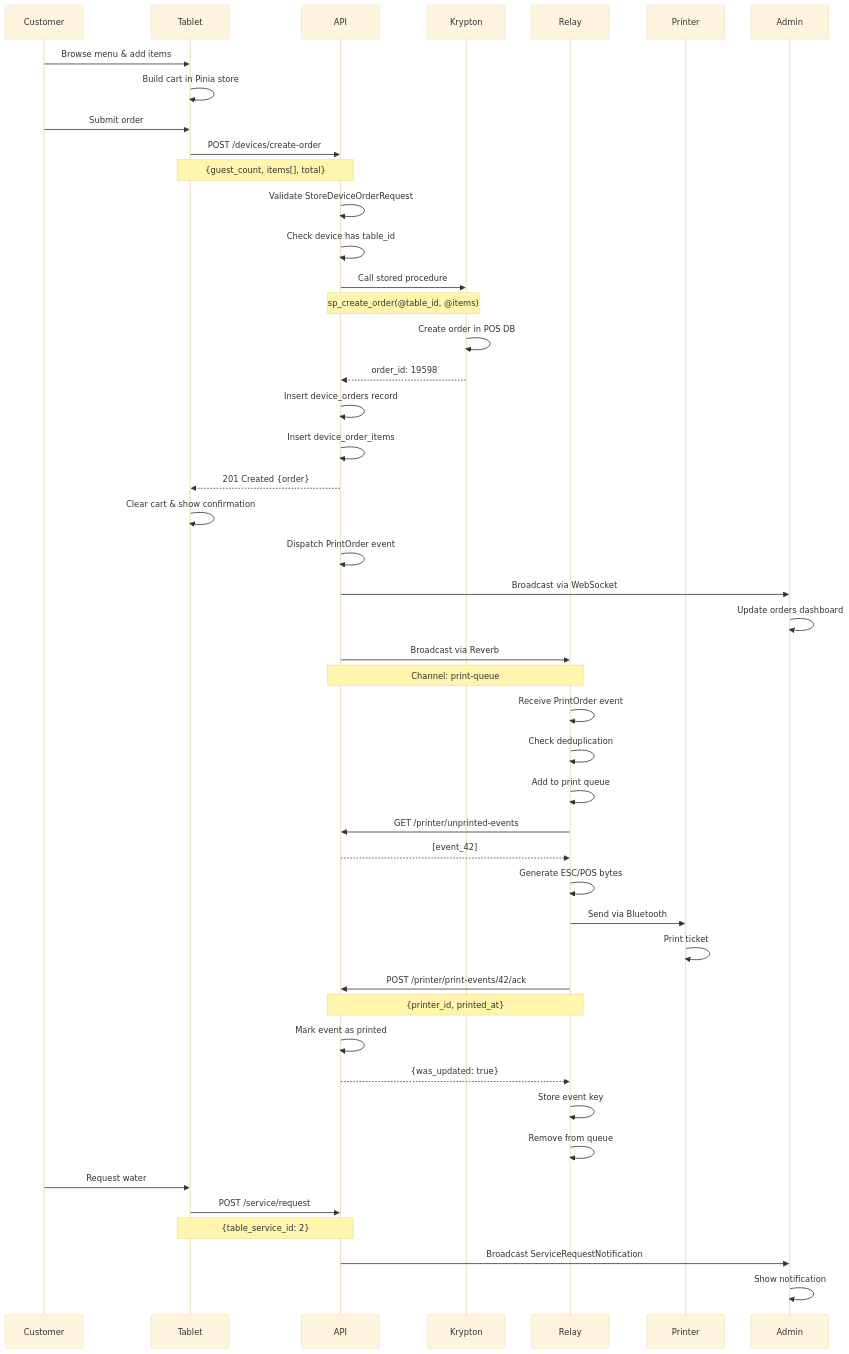
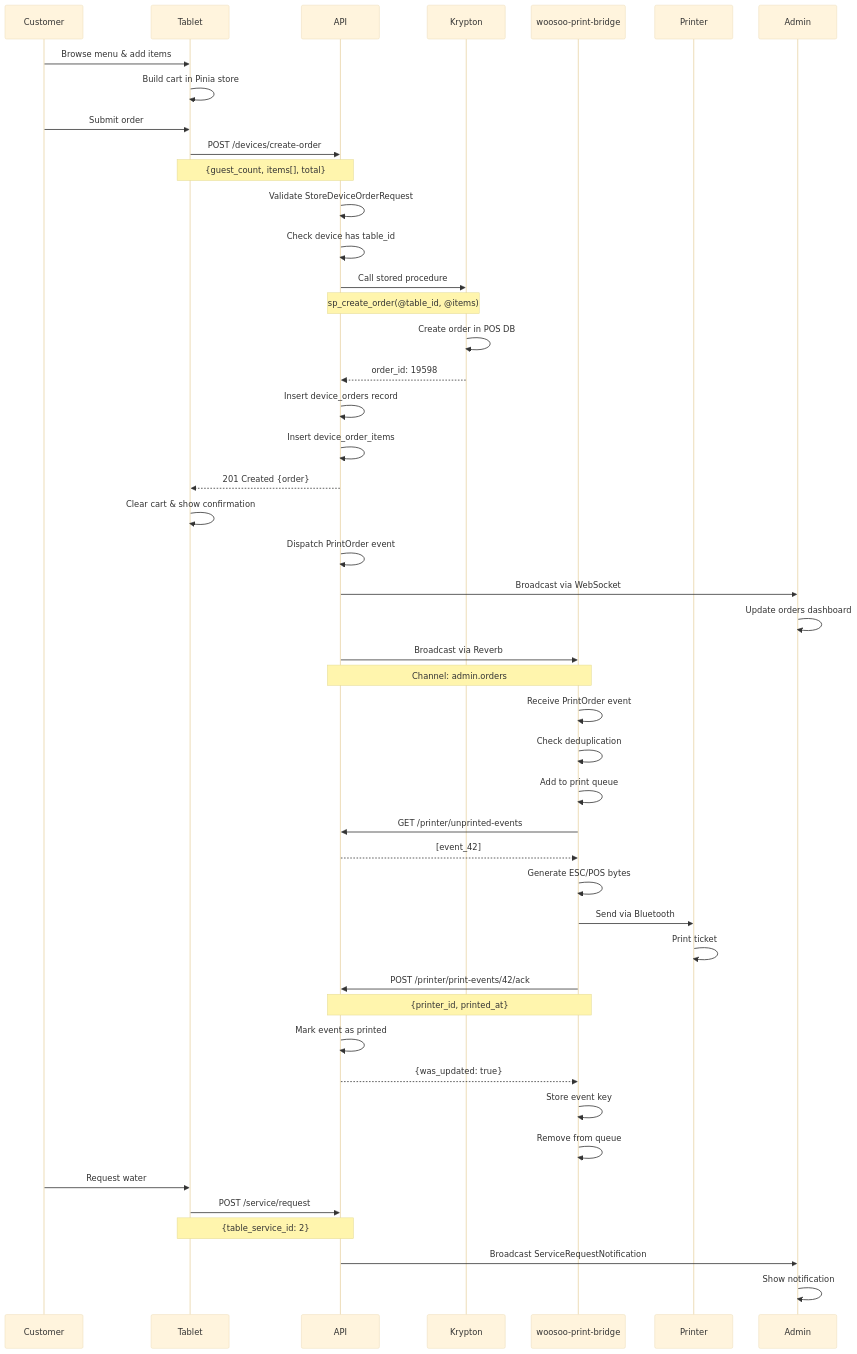
Before and after one commit to tech-artificer/woosoo-nexus: the diagram in docs/END_TO_END_WORKFLOW.md, drawn with Mermaid (base theme). The commit also changed other lines of this file, not shown here.

Commit message:
docs: fix PrintOrder channel + finish Relay→woosoo-print-bridge rename
PrintOrder broadcasts on the shared admin.orders channel (per
PrintOrder::broadcastOn()), not a device-specific channel — correct the
Backend Processing Flow step. Finish the woosoo-print-bridge rename in
the sequence diagram and retry-logic notes, which still used the old
"Relay" label (and the diagram's "print-queue" channel note, also wrong).

Addresses CodeRabbit review on PR #250.

````diff
--- a/docs/END_TO_END_WORKFLOW.md
+++ b/docs/END_TO_END_WORKFLOW.md
@@ -1027,63 +1027,63 @@
 ```mermaid
 sequenceDiagram
     participant Customer
     participant Tablet
     participant API
     participant Krypton
-    participant Relay
+    participant Bridge as woosoo-print-bridge
     participant Printer
     participant Admin
 
     Customer->>Tablet: Browse menu & add items
     Tablet->>Tablet: Build cart in Pinia store
     Customer->>Tablet: Submit order
     
     Tablet->>API: POST /devices/create-order
     Note over Tablet,API: {guest_count, items[], total}
     
     API->>API: Validate StoreDeviceOrderRequest
     API->>API: Check device has table_id
     
     API->>Krypton: Call stored procedure
     Note over API,Krypton: sp_create_order(@table_id, @items)
     Krypton->>Krypton: Create order in POS DB
     Krypton-->>API: order_id: 19598
     
     API->>API: Insert device_orders record
     API->>API: Insert device_order_items
     
     API-->>Tablet: 201 Created {order}
     Tablet->>Tablet: Clear cart & show confirmation
     
     API->>API: Dispatch PrintOrder event
     API->>Admin: Broadcast via WebSocket
     Admin->>Admin: Update orders dashboard
     
-    API->>Relay: Broadcast via Reverb
-    Note over API,Relay: Channel: print-queue
+    API->>Bridge: Broadcast via Reverb
+    Note over API,Bridge: Channel: admin.orders
     
-    Relay->>Relay: Receive PrintOrder event
-    Relay->>Relay: Check deduplication
-    Relay->>Relay: Add to print queue
+    Bridge->>Bridge: Receive PrintOrder event
+    Bridge->>Bridge: Check deduplication
+    Bridge->>Bridge: Add to print queue
     
-    Relay->>API: GET /printer/unprinted-events
-    API-->>Relay: [event_42]
+    Bridge->>API: GET /printer/unprinted-events
+    API-->>Bridge: [event_42]
     
-    Relay->>Relay: Generate ESC/POS bytes
-    Relay->>Printer: Send via Bluetooth
+    Bridge->>Bridge: Generate ESC/POS bytes
+    Bridge->>Printer: Send via Bluetooth
     Printer->>Printer: Print ticket
     
-    Relay->>API: POST /printer/print-events/42/ack
-    Note over Relay,API: {printer_id, printed_at}
+    Bridge->>API: POST /printer/print-events/42/ack
+    Note over Bridge,API: {printer_id, printed_at}
     API->>API: Mark event as printed
-    API-->>Relay: {was_updated: true}
+    API-->>Bridge: {was_updated: true}
     
-    Relay->>Relay: Store event key
-    Relay->>Relay: Remove from queue
+    Bridge->>Bridge: Store event key
+    Bridge->>Bridge: Remove from queue
     
     Customer->>Tablet: Request water
     Tablet->>API: POST /service/request
     Note over Tablet,API: {table_service_id: 2}
     API->>Admin: Broadcast ServiceRequestNotification
     Admin->>Admin: Show notification
 ```
````
